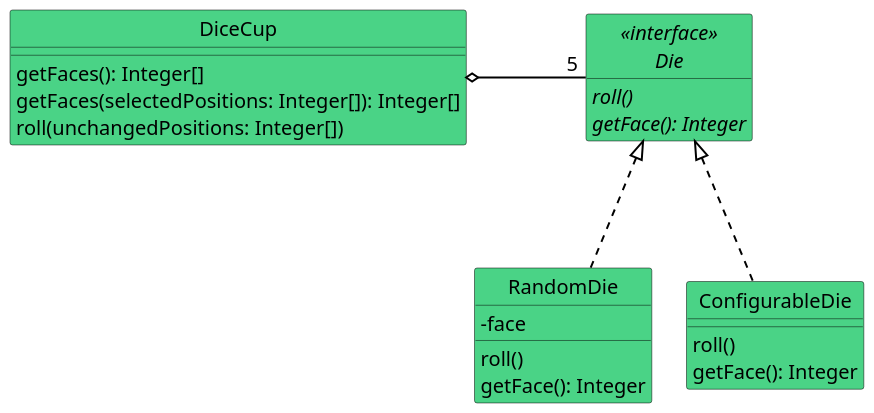
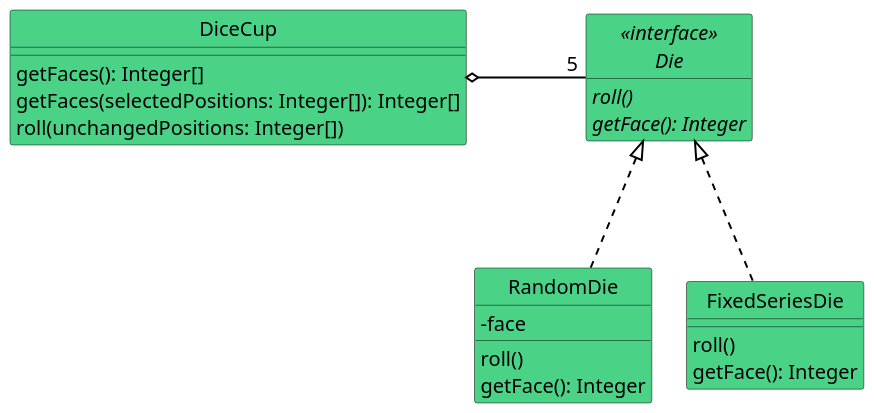
One commit to uhafner/java2-assignment4 changed the third of 3 diagrams in src/main/asciidoc/assignment.adoc. Above: the diagram before and after it, drawn with PlantUML. The commit also changed other lines of this file and 24 other files, not shown here.

```diff
--- a/src/main/asciidoc/assignment.adoc
+++ b/src/main/asciidoc/assignment.adoc
@@ -346,53 +354,53 @@
 [plantuml]
 ----
 @startuml
 
 skinparam class {
   BackgroundColor #4AD386
   BorderColor #a0a0a0
   BackgroundColor<<Main>> gold
   BorderColor black
   ArrowColor black
   FontName  Arial Unicode MS
   FontSize 20
 }
 
 skinparam classFontSize 24
 skinparam classAttributeIconSize 0
 skinparam defaultFontSize 20
 
 skinparam ArrowColor black
 skinparam ArrowThickness 2
 
 hide circle
 
 interface Die <<interface>>  {
     {abstract} roll()
     {abstract} getFace(): Integer
 }
 
 hide Die fields
 
 class RandomDie {
     -face
     roll()
     getFace(): Integer
 }
 
-class ConfigurableDie {
+class FixedSeriesDie {
     roll()
     getFace(): Integer
 }
 
 class DiceCup {
     getFaces(): Integer[]
     getFaces(selectedPositions: Integer[]): Integer[]
     roll(unchangedPositions: Integer[])
 }
 
 Die <|... RandomDie
-Die <|... ConfigurableDie
+Die <|... FixedSeriesDie
 DiceCup o- "5" Die :\t\t
 
 @enduml
 ----
```
